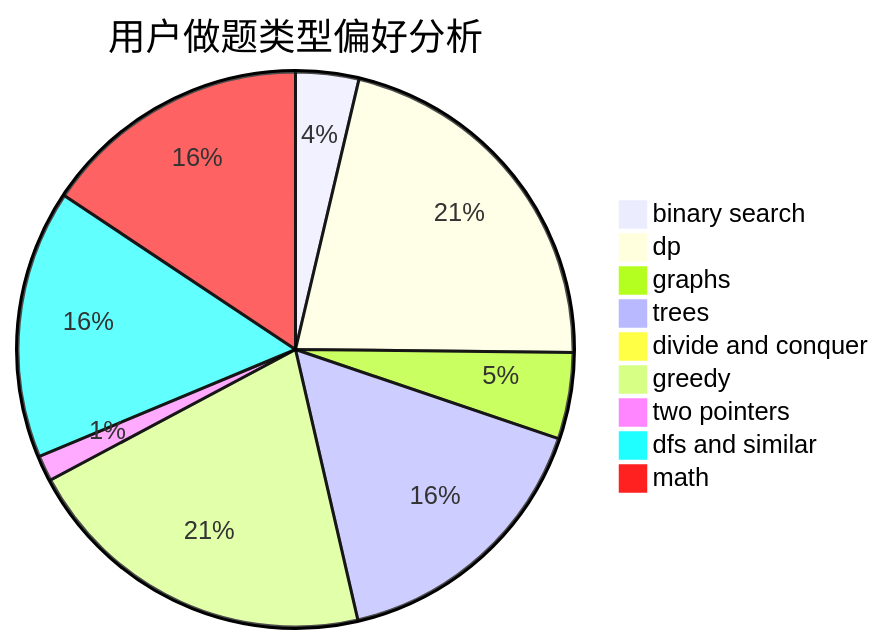
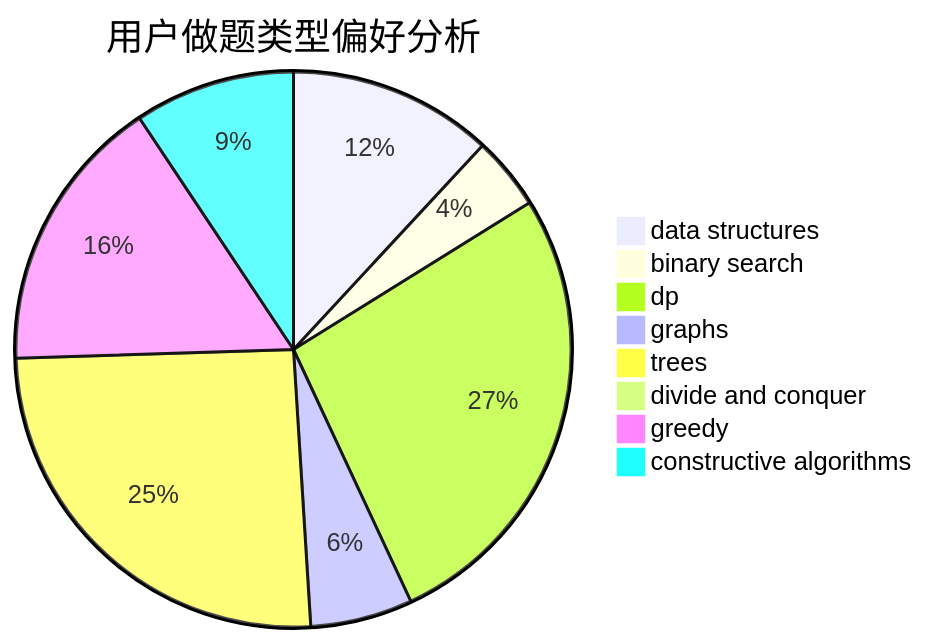
One commit to sherpahu/cfrs.github.io changed the second of 3 diagrams in docs/user/u1293.md. Above: the diagram before and after it, drawn with Mermaid. The commit also changed other lines of this file and 2775 other files, not shown here.

````diff
--- a/docs/user/u1293.md
+++ b/docs/user/u1293.md
@@ -23,12 +23,11 @@
 ```mermaid
 pie title 用户做题类型偏好分析
-    "binary search" :  27
-    "dp" :  158
-    "graphs" :  37
-    "trees" :  119
+    "data structures" :  42
+    "binary search" :  15
+    "dp" :  95
+    "graphs" :  21
+    "trees" :  90
     "divide and conquer" :  0
-    "greedy" :  153
-    "two pointers" :  11
-    "dfs and similar" :  115
-    "math" :  115
+    "greedy" :  57
+    "constructive algorithms" :  33
 ```
````
